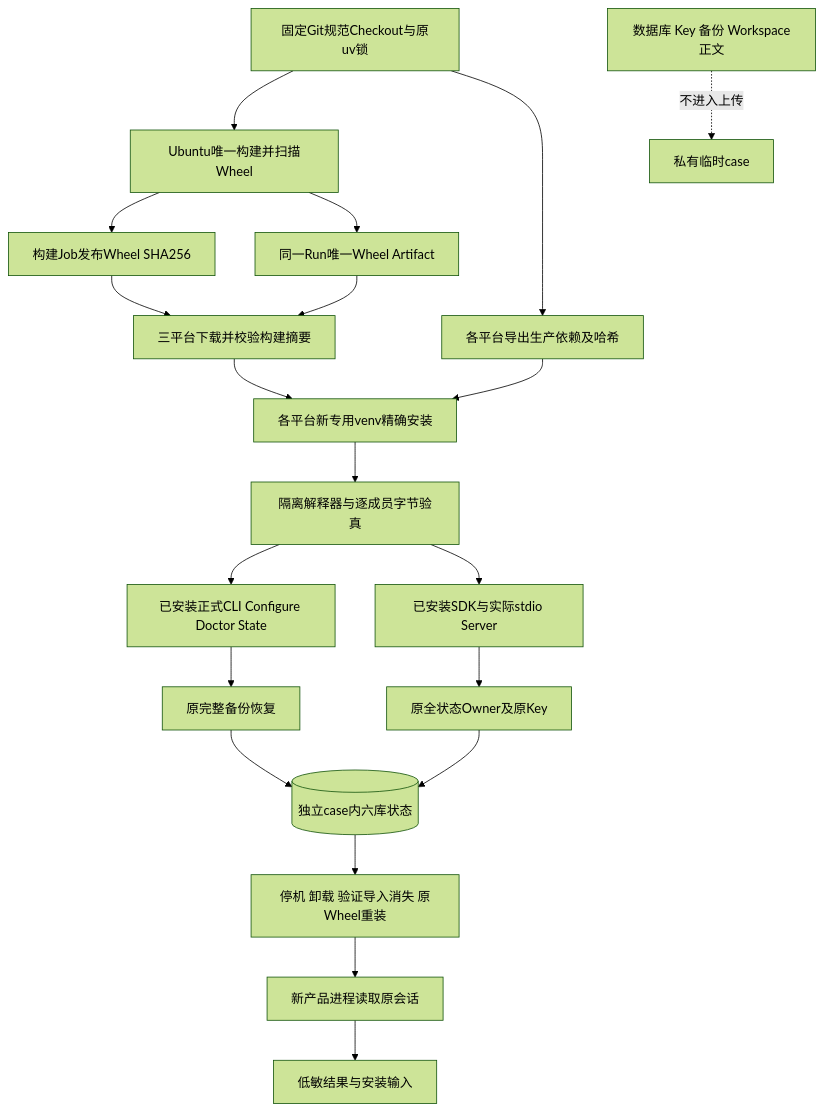
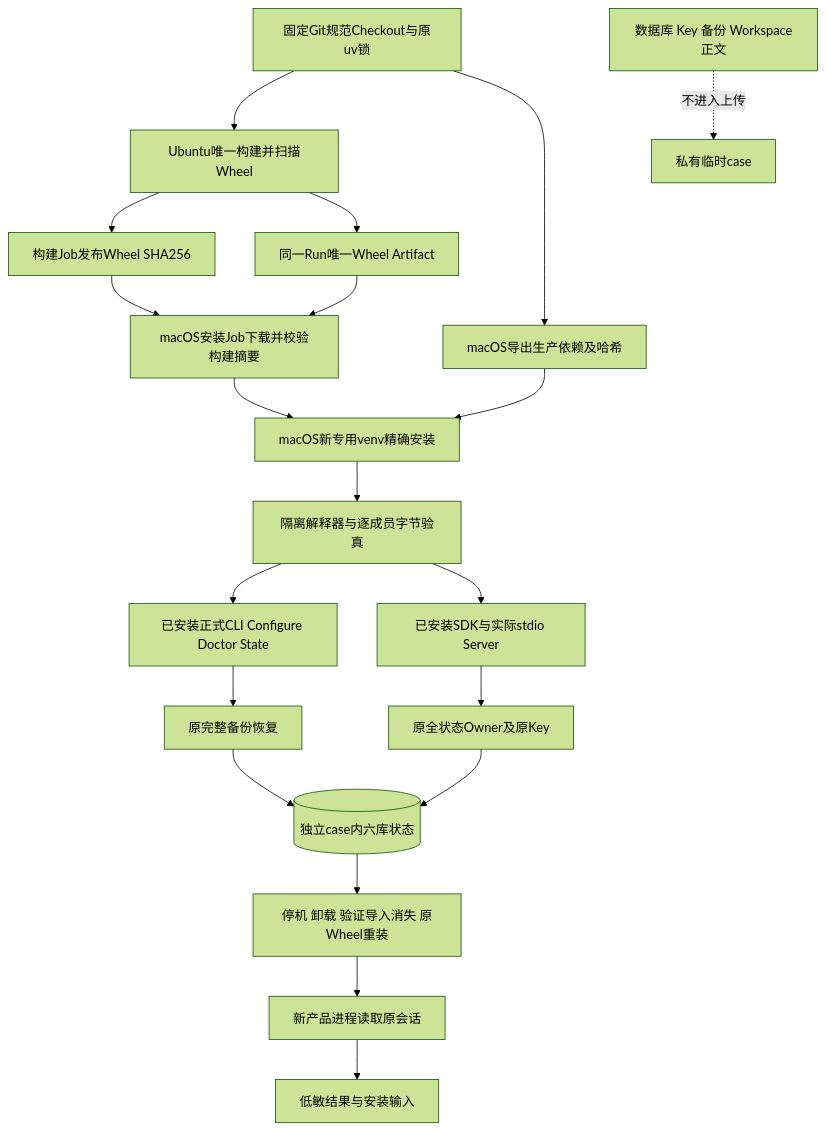
The first of 2 diagrams in docs/changes/m09-r4-installed-product-acceptance.md (carrie1988/Harnessix), drawn with Mermaid (forest theme) before and after one commit. The commit also changed other lines of this file and 2 other files, not shown here.

Commit message:
docs: 同步当前主线 macOS 生命周期证据

````diff
--- a/docs/changes/m09-r4-installed-product-acceptance.md
+++ b/docs/changes/m09-r4-installed-product-acceptance.md
@@ -54,22 +56,22 @@
 ```mermaid
 flowchart TD
     Checkout[固定Git规范Checkout与原uv锁] --> Build[Ubuntu唯一构建并扫描Wheel]
     Build --> Identity[构建Job发布Wheel SHA256]
     Build --> Artifact[同一Run唯一Wheel Artifact]
-    Artifact --> Check[三平台下载并校验构建摘要]
+    Artifact --> Check[macOS安装Job下载并校验构建摘要]
     Identity --> Check
-    Checkout --> Export[各平台导出生产依赖及哈希]
-    Check --> Install[各平台新专用venv精确安装]
+    Checkout --> Export[macOS导出生产依赖及哈希]
+    Check --> Install[macOS新专用venv精确安装]
     Export --> Install
     Install --> Gate[隔离解释器与逐成员字节验真]
     Gate --> CLI[已安装正式CLI Configure Doctor State]
     Gate --> SDK[已安装SDK与实际stdio Server]
     SDK --> Owner[原全状态Owner及原Key]
     Owner --> State[(独立case内六库状态)]
     CLI --> Backup[原完整备份恢复]
     Backup --> State
     State --> Lifecycle[停机 卸载 验证导入消失 原Wheel重装]
     Lifecycle --> Reopen[新产品进程读取原会话]
     Reopen --> Result[低敏结果与安装输入]
     Private[数据库 Key 备份 Workspace正文] -. 不进入上传 .-> Boundary[私有临时case]
 ```
````
